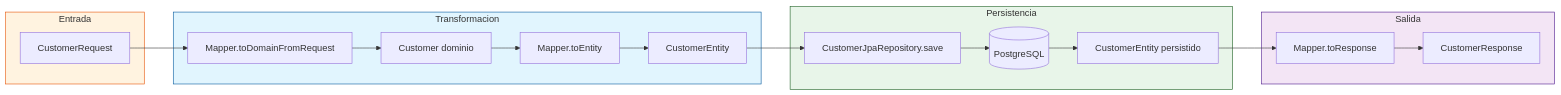
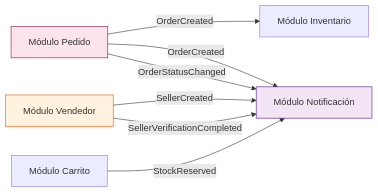
The second of 4 diagrams in README_SPANISH.md (EliteShopColombia/EliteShopOnlineBackend), drawn with Mermaid before and after one commit. The commit also changed other lines of this file and 22 other files, not shown here.

````diff
--- a/README_SPANISH.md
+++ b/README_SPANISH.md
@@ -249,39 +129,13 @@
 ```mermaid
-flowchart LR
-    subgraph Entry["Entrada"]
-        Req[CustomerRequest]
-    end
+graph LR
+    A[Módulo Pedido] -- OrderCreated --> B[Módulo Inventario]
+    A -- OrderCreated --> C[Módulo Notificación]
+    A -- OrderStatusChanged --> C
+    D[Módulo Vendedor] -- SellerCreated --> C
+    D -- SellerVerificationCompleted --> C
+    E[Módulo Carrito] -- StockReserved --> C
 
-    subgraph Transform["Transformacion"]
-        MapReq[Mapper.toDomainFromRequest]
-        Domain[Customer dominio]
-        MapEnt[Mapper.toEntity]
-        Ent[CustomerEntity]
-    end
-
-    subgraph Persist["Persistencia"]
-        JPA[CustomerJpaRepository.save]
-        DB[(PostgreSQL)]
-        Persisted[CustomerEntity persistido]
-    end
-
-    subgraph Response["Salida"]
-        MapRes[Mapper.toResponse]
-        Resp[CustomerResponse]
-    end
-
-    Req --> MapReq
-    MapReq --> Domain
-    Domain --> MapEnt
-    MapEnt --> Ent
-    Ent --> JPA
-    JPA --> DB
-    DB --> Persisted
-    Persisted --> MapRes
-    MapRes --> Resp
-
-    style Entry fill:#fff3e0,stroke:#e65100
-    style Transform fill:#e1f5fe,stroke:#01579b
-    style Persist fill:#e8f5e9,stroke:#1b5e20
-    style Response fill:#f3e5f5,stroke:#4a148c
+    style A fill:#fce4ec,stroke:#880e4f
+    style D fill:#fff3e0,stroke:#e65100
+    style C fill:#f3e5f5,stroke:#4a148c
 ```
````
